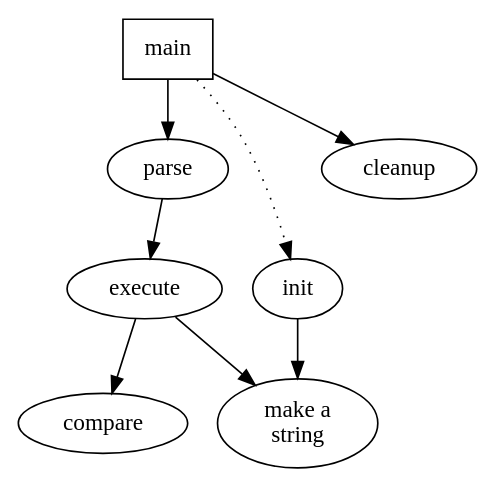
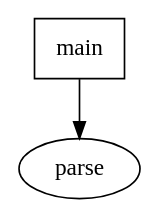
One commit to VincenzoPavano/CIS675 changed the diagram in homework2.gv. Above: the diagram before and after it, drawn with Graphviz. The commit also changed 2 other files, not shown here.

```diff
--- a/homework2.gv
+++ b/homework2.gv
@@ -1,13 +1,4 @@
 digraph G {
    main [shape=box]; /* this is a comment */
    main -> parse [weight=8];
-   parse -> execute;
-   main -> init [style=dotted];
-   main -> cleanup;
-   execute -> make_string;
-   init -> make_string;
-   /*main -> printf [style=bold,label="100 times"];*/
-   make_string [label="make a\nstring"];
-   /*node [shape=box,style=filled,color=".7 .3 1.0"];*/
-   execute -> compare;
 }
```
